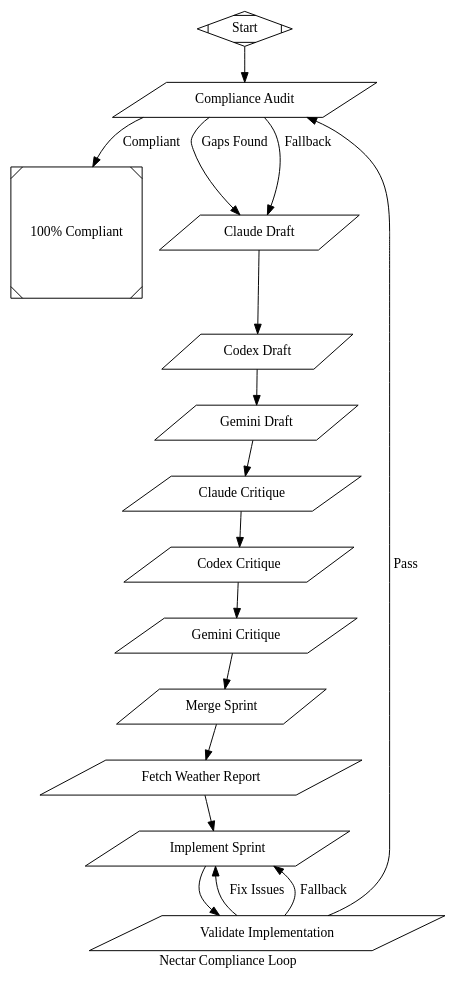
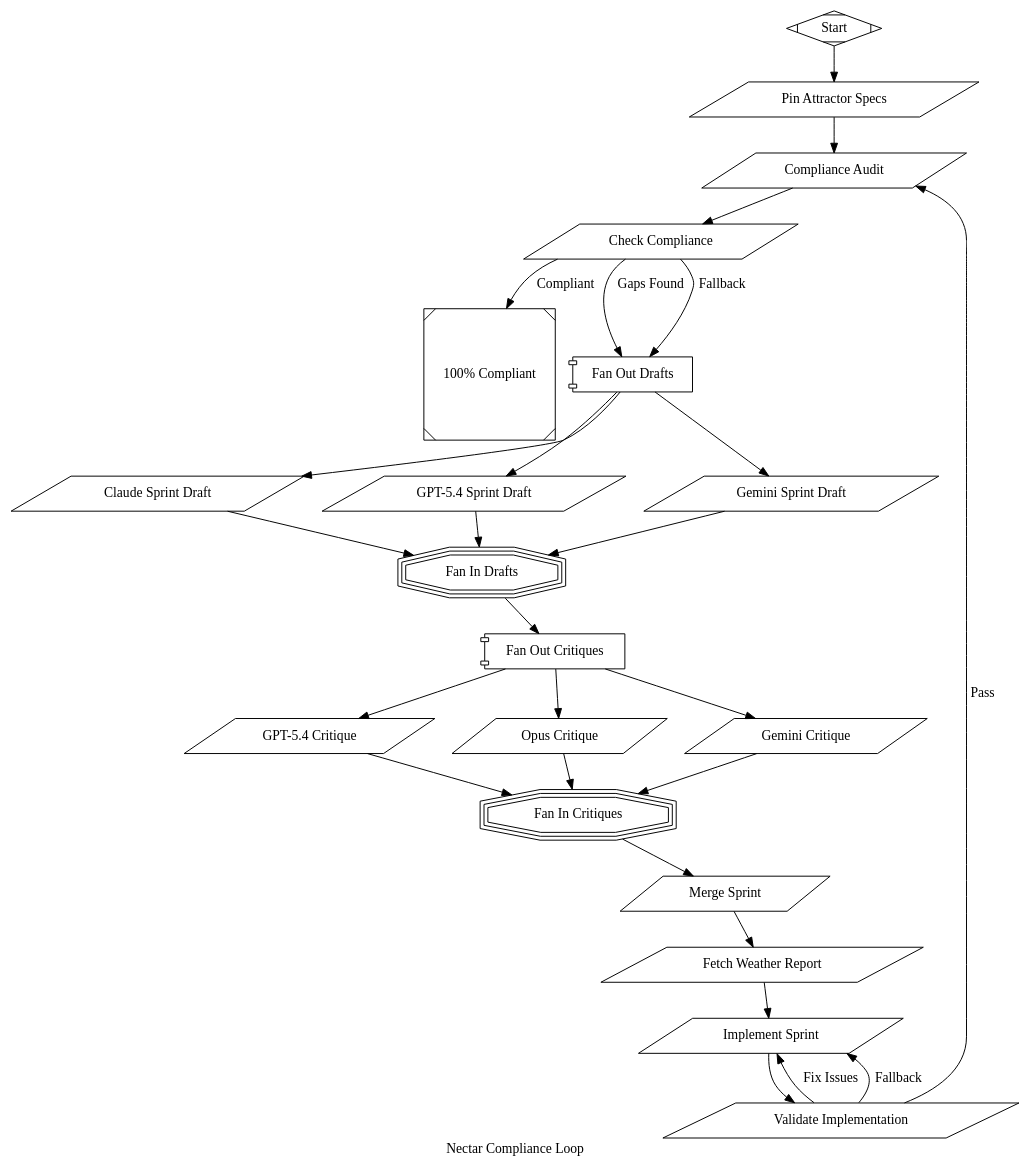
The diagram in gardens/compliance-loop.dot (calebmchenry/nectar), drawn with Graphviz before and after one commit. The commit also changed 332 other files, not shown here.

First line of the commit message:
feat: implement Sprints 002-018 — full engine, agent loop, LLM client, and GitHub Release

```diff
--- a/gardens/compliance-loop.dot
+++ b/gardens/compliance-loop.dot
@@ -1,96 +1,151 @@
 digraph ComplianceLoop {
     graph [
         goal="Continuously verify Nectar against the pinned attractor specs, draft a concrete sprint from the current gaps, implement it, validate it independently, and loop until the workspace is genuinely compliant.",
         label="Nectar Compliance Loop"
     ]
 
     start [shape=Mdiamond, label="Start"]
     exit  [shape=Msquare, label="100% Compliant"]
 
+    // ── Step 1: Pin upstream specs if not already present ──────────────
+    pin_specs [
+        shape=parallelogram,
+        label="Pin Attractor Specs",
+        script="mkdir -p docs/upstream && if [ ! -f docs/upstream/attractor-spec.md ]; then curl -sfL https://raw.githubusercontent.com/strongdm/attractor/main/attractor-spec.md -o docs/upstream/attractor-spec.md && curl -sfL https://raw.githubusercontent.com/strongdm/attractor/main/coding-agent-loop-spec.md -o docs/upstream/coding-agent-loop-spec.md && curl -sfL https://raw.githubusercontent.com/strongdm/attractor/main/unified-llm-spec.md -o docs/upstream/unified-llm-spec.md && echo 'Specs pinned.'; else echo 'Specs already pinned.'; fi"
+    ]
+
+    // ── Step 2a: Compliance audit — Claude reads specs + code, writes report ──
     compliance_check [
         shape=parallelogram,
         label="Compliance Audit",
-        script="node scripts/compliance_loop.mjs audit"
+        timeout="900s",
+        script="claude --dangerously-skip-permissions --model claude-opus-4-6 -p 'Read all three attractor spec docs in docs/upstream/ (attractor-spec.md, coding-agent-loop-spec.md, unified-llm-spec.md). Then read every source file under src/. Compare the implementation against EVERY requirement in the specs. Write a compliance report to docs/compliance-report.md with two sections: IMPLEMENTED (with evidence) and GAPS (specific unimplemented features with spec references). If there are zero gaps, write COMPLIANT as the first line. If there are gaps, write GAPS REMAINING as the first line.'"
     ]
+
+    // ── Step 2b: Check compliance report — fast gate ──
+    compliance_gate [
+        shape=parallelogram,
+        label="Check Compliance",
+        script="grep -q '^COMPLIANT' docs/compliance-report.md"
+    ]
+
+    // ── Step 3: Fan-out drafts — three independent sprint drafts concurrently ──
+    // Weather report: Sprint Planning → consensus(opus-4.6, gpt-5.4), Gemini can improve consensus
+    fan_out_drafts [shape=component, label="Fan Out Drafts", join_policy="wait_all"]
+    fan_in_drafts  [shape=tripleoctagon, label="Fan In Drafts"]
 
     claude_draft [
         shape=parallelogram,
-        label="Claude Draft",
-        script="node scripts/compliance_loop.mjs draft --provider claude"
+        label="Claude Sprint Draft",
+        timeout="900s",
+        script="claude --dangerously-skip-permissions --model claude-opus-4-6 -p 'Read docs/compliance-report.md and docs/INTENT.md. Design the NEXT sprint to close the most impactful gaps. Write an independent sprint draft to docs/sprints/drafts/NEXT-CLAUDE-DRAFT.md following the structure in docs/sprints/SPRINT-001.md as a template: Overview, Use Cases, Architecture, Implementation phases, Files Summary, Definition of Done, Risks, Dependencies. Be specific and opinionated. Focus on what can be completed in one sprint.'"
     ]
 
     codex_draft [
         shape=parallelogram,
-        label="Codex Draft",
-        script="node scripts/compliance_loop.mjs draft --provider codex"
+        label="GPT-5.4 Sprint Draft",
+        timeout="900s",
+        script="codex exec --model gpt-5.4 'Read docs/compliance-report.md and docs/INTENT.md. Design the NEXT sprint to close the most impactful gaps. Write an independent sprint draft to docs/sprints/drafts/NEXT-CODEX-DRAFT.md following the structure in docs/sprints/SPRINT-001.md as a template: Overview, Use Cases, Architecture, Implementation phases, Files Summary, Definition of Done, Risks, Dependencies. Be specific and opinionated. Focus on what can be completed in one sprint.'"
     ]
 
     gemini_draft [
         shape=parallelogram,
-        label="Gemini Draft",
-        script="node scripts/compliance_loop.mjs draft --provider gemini"
+        label="Gemini Sprint Draft",
+        timeout="900s",
+        script="gemini --yolo --model gemini-3.1-pro-preview-customtools --prompt 'Read docs/compliance-report.md and docs/INTENT.md. Design the NEXT sprint to close the most impactful gaps. Write an independent sprint draft to docs/sprints/drafts/NEXT-GEMINI-DRAFT.md following the structure in docs/sprints/SPRINT-001.md as a template: Overview, Use Cases, Architecture, Implementation phases, Files Summary, Definition of Done, Risks, Dependencies. Be specific and opinionated. Focus on what can be completed in one sprint.'"
     ]
+
+    // ── Step 4: Fan-out critiques — each reviews the other two concurrently ──
+    // Weather report: Architectural Critique → gpt-5.4 at extra high reasoning
+    fan_out_critiques [shape=component, label="Fan Out Critiques", join_policy="wait_all"]
+    fan_in_critiques  [shape=tripleoctagon, label="Fan In Critiques"]
 
     claude_critique [
         shape=parallelogram,
-        label="Claude Critique",
-        script="node scripts/compliance_loop.mjs critique --provider claude"
+        label="GPT-5.4 Critique",
+        timeout="900s",
+        script="codex exec --model gpt-5.4 --reasoning extra-high 'Read docs/sprints/drafts/NEXT-CODEX-DRAFT.md and docs/sprints/drafts/NEXT-GEMINI-DRAFT.md. Write a critique to docs/sprints/drafts/NEXT-CLAUDE-CRITIQUE.md. For each draft identify: strengths, weaknesses, gaps in risk analysis, missing edge cases, Definition of Done completeness. End with recommendations for the final merged sprint.'"
     ]
 
     codex_critique [
         shape=parallelogram,
-        label="Codex Critique",
-        script="node scripts/compliance_loop.mjs critique --provider codex"
+        label="Opus Critique",
+        timeout="900s",
+        script="claude --dangerously-skip-permissions --model claude-opus-4-6 -p 'Read docs/sprints/drafts/NEXT-CLAUDE-DRAFT.md and docs/sprints/drafts/NEXT-GEMINI-DRAFT.md. Write a critique to docs/sprints/drafts/NEXT-CODEX-CRITIQUE.md. For each draft identify: strengths, weaknesses, gaps in risk analysis, missing edge cases, Definition of Done completeness. End with recommendations for the final merged sprint.'"
     ]
 
     gemini_critique [
         shape=parallelogram,
         label="Gemini Critique",
-        script="node scripts/compliance_loop.mjs critique --provider gemini"
+        timeout="900s",
+        script="gemini --yolo --model gemini-3.1-pro-preview-customtools --prompt 'Read docs/sprints/drafts/NEXT-CLAUDE-DRAFT.md and docs/sprints/drafts/NEXT-CODEX-DRAFT.md. Write a critique to docs/sprints/drafts/NEXT-GEMINI-CRITIQUE.md. For each draft identify: strengths, weaknesses, gaps in risk analysis, missing edge cases, Definition of Done completeness. End with recommendations for the final merged sprint.'"
     ]
 
+    // ── Step 5: Merge all drafts + critiques into final sprint ─────────
+    // Weather report: Sprint Planning merge → consensus(opus-4.6, gpt-5.4)
     merge_sprint [
         shape=parallelogram,
         label="Merge Sprint",
-        script="node scripts/compliance_loop.mjs merge"
+        timeout="900s",
+        script="claude --dangerously-skip-permissions --model claude-opus-4-6 -p 'Read ALL draft and critique files in docs/sprints/drafts/NEXT-*.md. Synthesize the best ideas into a final sprint document. Determine the next sprint number by checking docs/sprints/ledger.tsv. Write the merged sprint to docs/sprints/SPRINT-NNN.md (replace NNN with the correct number). Write merge notes to docs/sprints/drafts/NEXT-MERGE-NOTES.md explaining what was taken from each draft and why. Then clean up: rename all NEXT-*.md files by prepending the sprint number.'"
     ]
 
+    // ── Step 6: Fetch weather report for model selection ───────────────
     fetch_weather [
         shape=parallelogram,
         label="Fetch Weather Report",
-        script="node scripts/compliance_loop.mjs fetch-weather"
+        script="curl -sf https://factory.strongdm.ai/weather-report.md -o docs/weather-report.md && echo 'Weather report fetched.' || echo 'Weather fetch failed, using defaults.'"
     ]
 
+    // ── Step 7: Implement the sprint ───────────────────────────────────
+    // Weather report: Implementation → gpt-5.3-codex (default)
     implement [
         shape=parallelogram,
         label="Implement Sprint",
-        script="node scripts/compliance_loop.mjs implement",
+        timeout="1800s",
+        script="codex exec --model gpt-5.3-codex 'Read the latest SPRINT-*.md file in docs/sprints/ (the highest numbered one). This is the sprint you need to implement. Read all project conventions and existing code. Work through ALL items in the Definition of Done. Implement all required functionality. Run npm run build and npm test to validate. Fix any build or test failures. Do NOT commit — just implement and verify.'",
         max_retries=2
     ]
 
+    // ── Step 8: Independent validation ─────────────────────────────────
+    // Weather report: QA Orchestration → opus-4.6 (default)
     validate [
         shape=parallelogram,
         label="Validate Implementation",
-        script="node scripts/compliance_loop.mjs validate"
+        timeout="900s",
+        script="claude --dangerously-skip-permissions --model claude-opus-4-6 -p 'Read the latest SPRINT-*.md file in docs/sprints/ (the highest numbered one). Go through the Definition of Done item by item. For each item, verify it is actually satisfied — run commands, read code, check test output. Run npm run build and npm test. Write a validation report to docs/sprints/validation-report.md. If ALL DoD items pass, exit 0. If ANY fail, list what failed and exit 1.'"
     ]
 
-    start -> compliance_check
+    // ── Edges ──────────────────────────────────────────────────────────
+    start -> pin_specs
 
-    compliance_check -> exit         [label="Compliant", condition="outcome=success"]
-    compliance_check -> claude_draft [label="Gaps Found", condition="outcome=fail"]
-    compliance_check -> claude_draft [label="Fallback"]
+    pin_specs -> compliance_check
+    compliance_check -> compliance_gate
 
-    claude_draft    -> codex_draft
-    codex_draft     -> gemini_draft
-    gemini_draft    -> claude_critique
-    claude_critique -> codex_critique
-    codex_critique  -> gemini_critique
-    gemini_critique -> merge_sprint
+    compliance_gate -> exit             [label="Compliant", condition="outcome=success"]
+    compliance_gate -> fan_out_drafts   [label="Gaps Found", condition="outcome=fail"]
+    compliance_gate -> fan_out_drafts   [label="Fallback"]
+
+    fan_out_drafts  -> claude_draft
+    fan_out_drafts  -> codex_draft
+    fan_out_drafts  -> gemini_draft
+    claude_draft    -> fan_in_drafts
+    codex_draft     -> fan_in_drafts
+    gemini_draft    -> fan_in_drafts
+    fan_in_drafts   -> fan_out_critiques
+
+    fan_out_critiques  -> claude_critique
+    fan_out_critiques  -> codex_critique
+    fan_out_critiques  -> gemini_critique
+    claude_critique    -> fan_in_critiques
+    codex_critique     -> fan_in_critiques
+    gemini_critique    -> fan_in_critiques
+    fan_in_critiques   -> merge_sprint
     merge_sprint    -> fetch_weather
     fetch_weather   -> implement
     implement       -> validate
 
-    validate -> compliance_check [label="Pass", condition="outcome=success"]
+    validate -> compliance_check  [label="Pass", condition="outcome=success"]
     validate -> implement        [label="Fix Issues", condition="outcome=fail"]
     validate -> implement        [label="Fallback"]
 }
```
